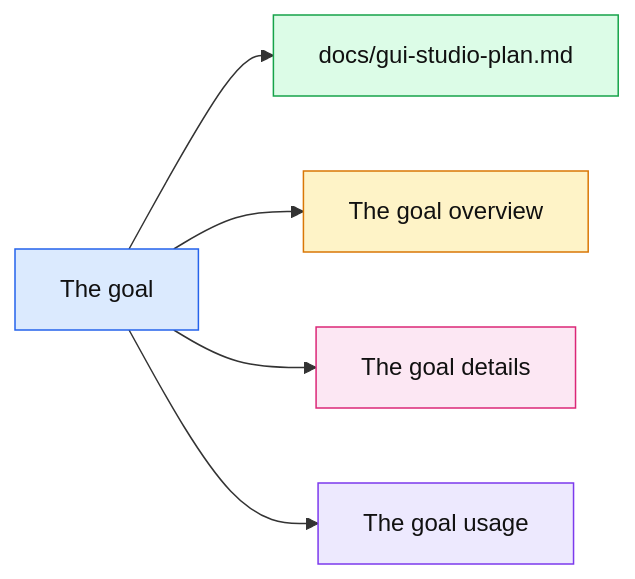
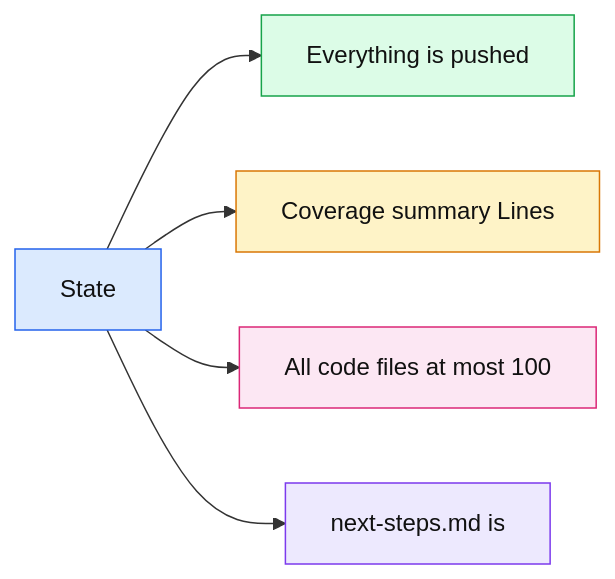
The first of 2 diagrams in handoff.md (thomascherickal/ferrum-gpu), drawn with Mermaid before and after one commit. The commit also changed other lines of this file and 3 other files, not shown here.

````diff
--- a/handoff.md
+++ b/handoff.md
@@ -10,13 +12,13 @@
 ```mermaid
 flowchart LR
-    a["The goal"]:::root
-    a --> n0["docs/gui-studio-plan.md"]:::c0
-    a --> n1["The goal overview"]:::c1
-    a --> n2["The goal details"]:::c2
-    a --> n3["The goal usage"]:::c3
+    a["State"]:::root
+    a --> n0["Everything is pushed"]:::c0
+    a --> n1["Coverage summary Lines"]:::c1
+    a --> n2["All code files at most 100"]:::c2
+    a --> n3["next-steps.md is"]:::c3
     classDef root fill:#dbeafe,stroke:#2563eb,color:#111
     classDef c0 fill:#dcfce7,stroke:#16a34a,color:#111
     classDef c1 fill:#fef3c7,stroke:#d97706,color:#111
     classDef c2 fill:#fce7f3,stroke:#db2777,color:#111
     classDef c3 fill:#ede9fe,stroke:#7c3aed,color:#111
 ```
````
